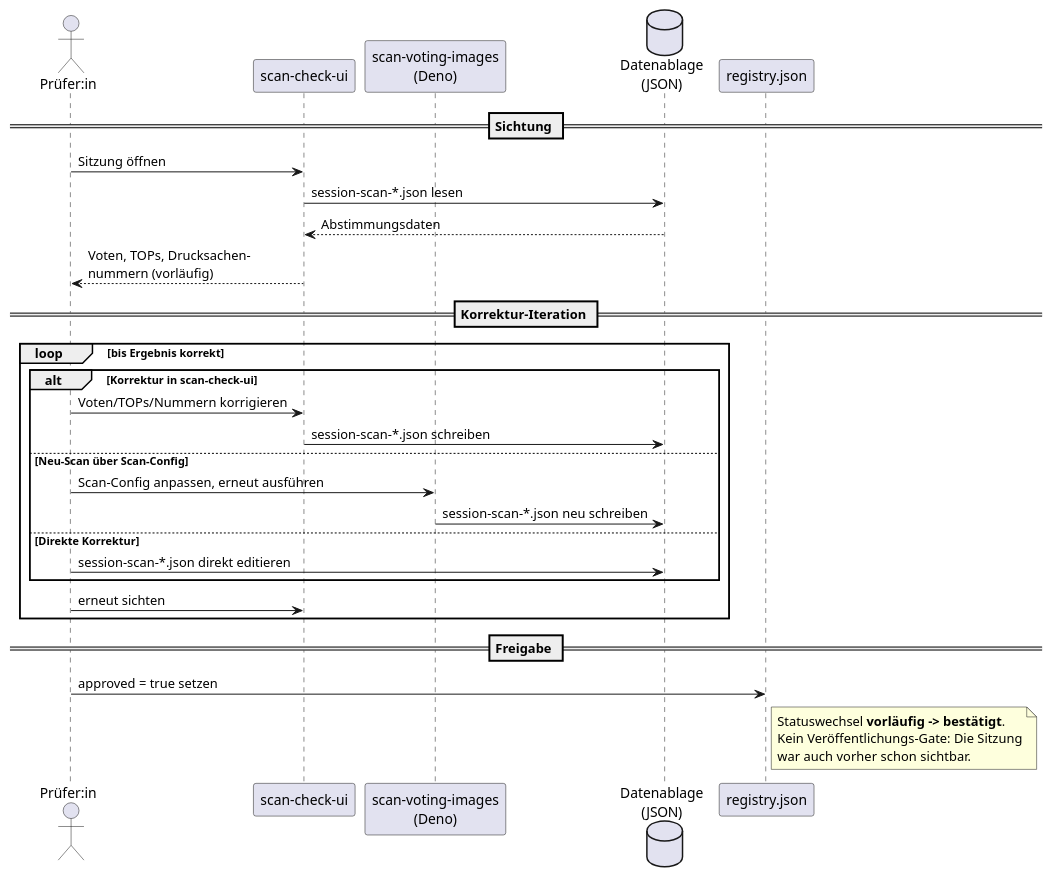
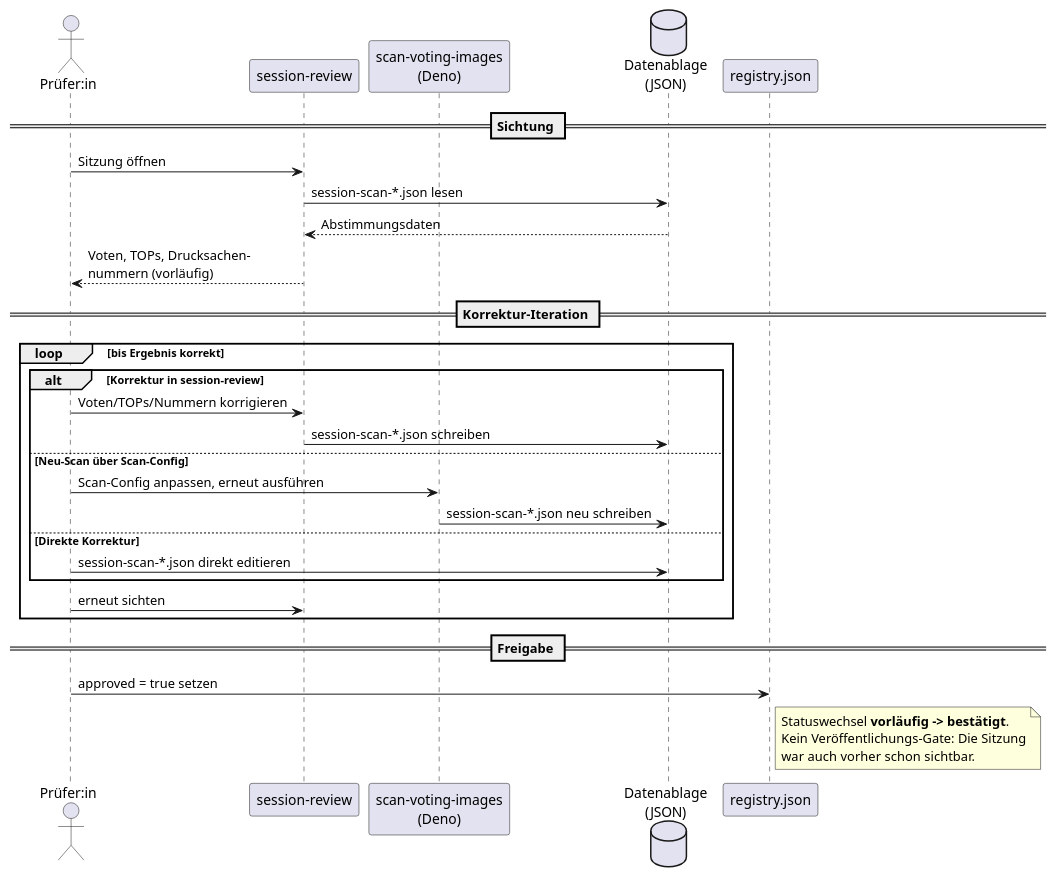
One commit to ungeschneuer/StadtratWatch-Leipzig changed the diagram in docs/arc42/06-laufzeitsicht/04-pruefung-und-freigabe.adoc. Above: the diagram before and after it, drawn with PlantUML. The commit also changed other lines of this file and 44 other files, not shown here.

First line of the commit message:
feat: add session-review tool (#528)

```diff
--- a/docs/arc42/06-laufzeitsicht/04-pruefung-und-freigabe.adoc
+++ b/docs/arc42/06-laufzeitsicht/04-pruefung-und-freigabe.adoc
@@ -25,39 +25,39 @@
 [plantuml,lz-pruefung-freigabe,svg]
 ....
 @startuml
 skinparam shadowing false
 actor "Prüfer:in" as Mensch
-participant "scan-check-ui" as UI
+participant "session-review" as UI
 participant "scan-voting-images\n(Deno)" as Scan
 database "Datenablage\n(JSON)" as Data
 participant "registry.json" as Reg
 
 == Sichtung ==
 Mensch -> UI : Sitzung öffnen
 UI -> Data : session-scan-*.json lesen
 Data --> UI : Abstimmungsdaten
 UI --> Mensch : Voten, TOPs, Drucksachen-\nnummern (vorläufig)
 
 == Korrektur-Iteration ==
 loop bis Ergebnis korrekt
-  alt Korrektur in scan-check-ui
+  alt Korrektur in session-review
     Mensch -> UI : Voten/TOPs/Nummern korrigieren
     UI -> Data : session-scan-*.json schreiben
   else Neu-Scan über Scan-Config
     Mensch -> Scan : Scan-Config anpassen, erneut ausführen
     Scan -> Data : session-scan-*.json neu schreiben
   else Direkte Korrektur
     Mensch -> Data : session-scan-*.json direkt editieren
   end
   Mensch -> UI : erneut sichten
 end
 
 == Freigabe ==
 Mensch -> Reg : approved = true setzen
 note right of Reg
   Statuswechsel **vorläufig -> bestätigt**.
   Kein Veröffentlichungs-Gate: Die Sitzung
   war auch vorher schon sichtbar.
 end note
 @enduml
 ....
```
